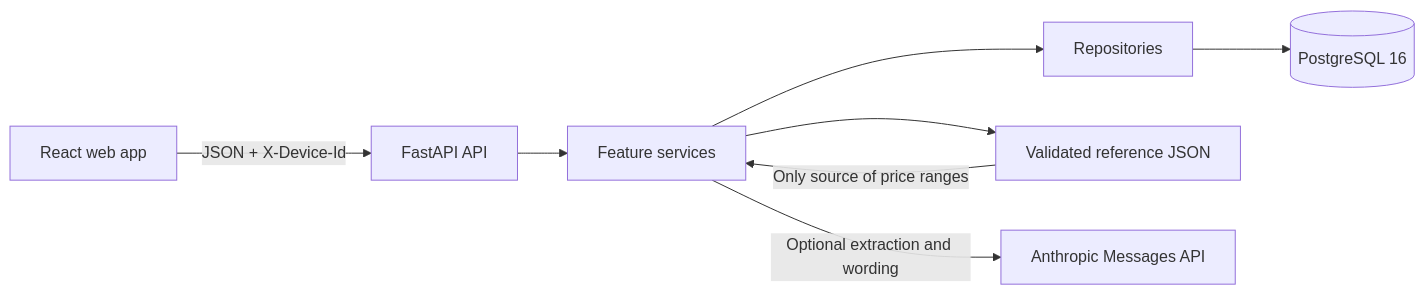
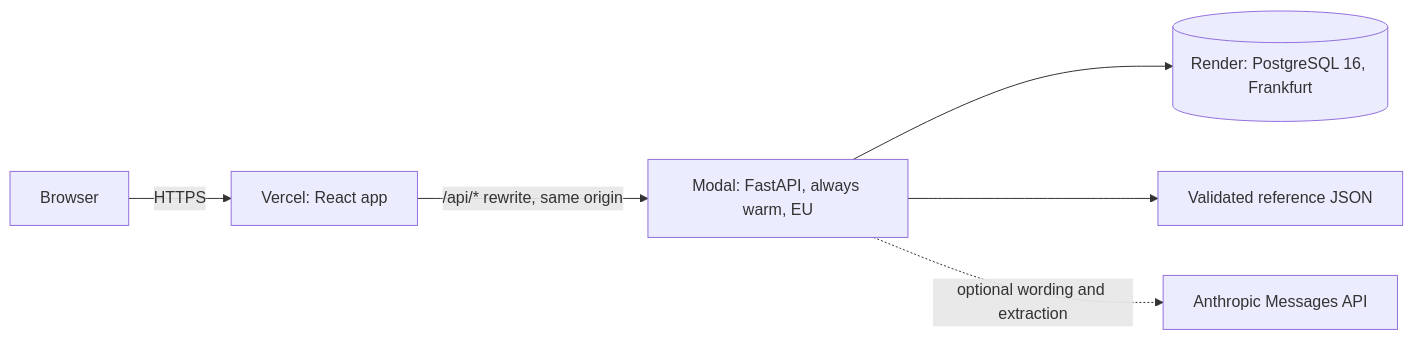
One commit to dastanissatay/Pet-GO changed the diagram in README.md. Above: the diagram before and after it, drawn with Mermaid. The commit also changed other lines of this file and 1 other file, not shown here.

First line of the commit message:
docs: rewrite README for the jury and document production

````diff
--- a/README.md
+++ b/README.md
@@ -21,10 +65,8 @@
 ```mermaid
 flowchart LR
-    B[React web app] -->|JSON + X-Device-Id| A[FastAPI API]
-    A --> S[Feature services]
-    S --> R[Repositories]
-    R --> P[(PostgreSQL 16)]
-    S --> D[Validated reference JSON]
-    S -->|Optional extraction and wording| L[Anthropic Messages API]
-    D -->|Only source of price ranges| S
+    U[Browser] -->|HTTPS| V[Vercel: React app]
+    V -->|"/api/* rewrite, same origin"| M[Modal: FastAPI, always warm, EU]
+    M --> P[(Render: PostgreSQL 16, Frankfurt)]
+    M --> D[Validated reference JSON]
+    M -.->|optional wording and extraction| L[Anthropic Messages API]
 ```
````
